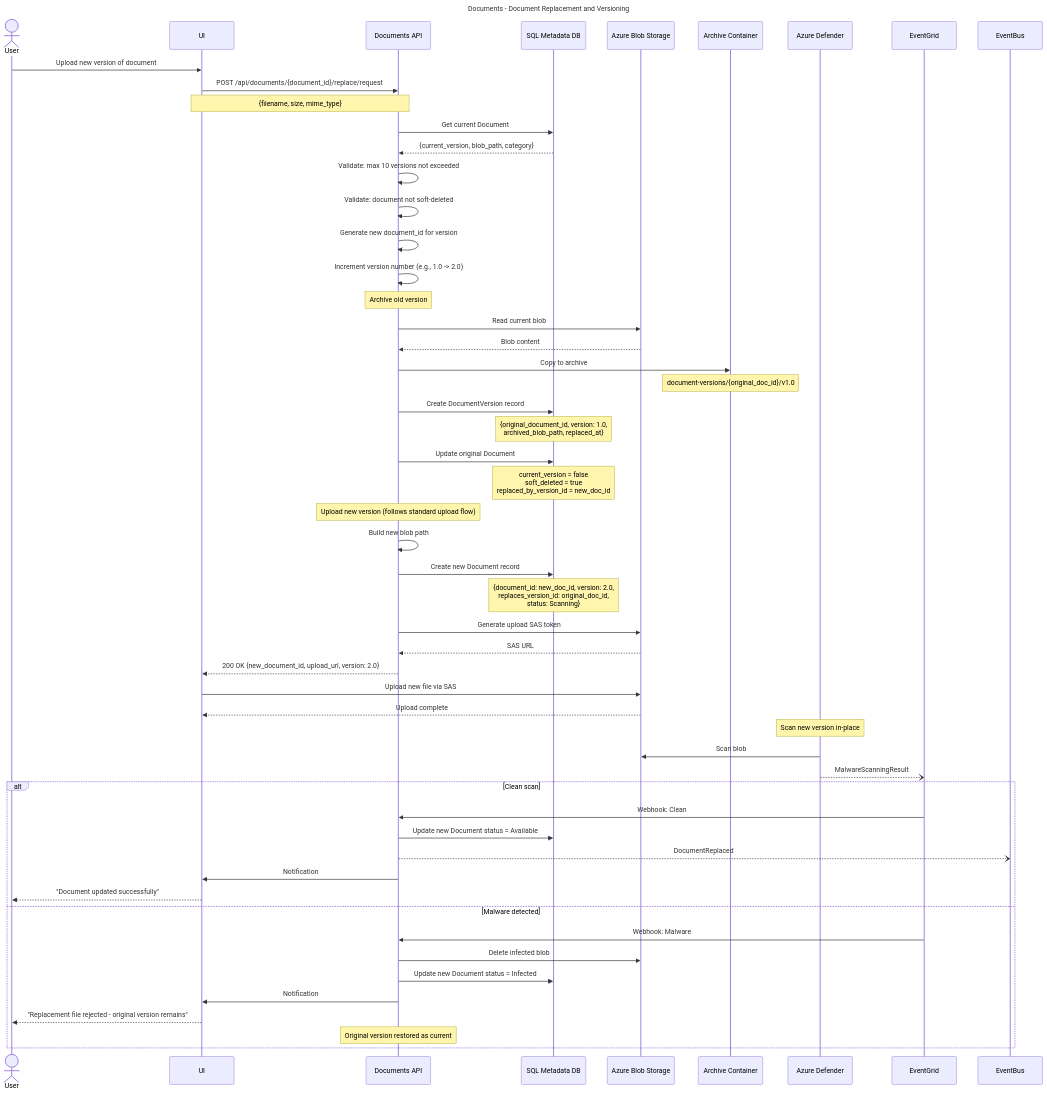
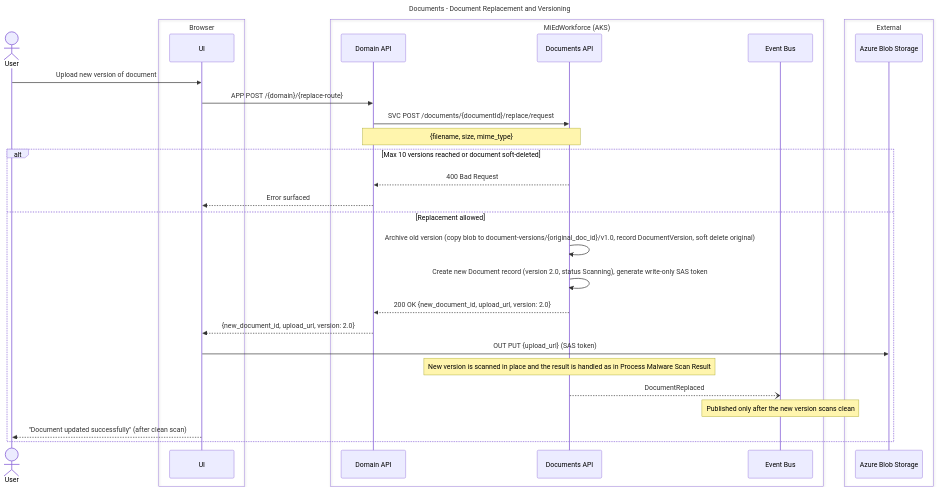
Before and after one commit to mnichols-dl/mied-design: the fifth of 16 diagrams in working-docs/solution-areas/documents/documents-sequences.md, drawn with Mermaid. The commit also changed other lines of this file and 34 other files, not shown here.

Commit message:
Update sequences and perform RTM assessment

````diff
--- a/working-docs/solution-areas/documents/documents-sequences.md
+++ b/working-docs/solution-areas/documents/documents-sequences.md
@@ -243,72 +258,39 @@
 ```mermaid
 ---
 title: Documents - Document Replacement and Versioning
 ---
 sequenceDiagram
     actor User
+    box Browser
     participant UI
-    participant DocsAPI as Documents API
-    participant MetadataDB as SQL Metadata DB
+    end
+    box MiEdWorkforce (AKS)
+    participant DomainApi as Domain API
+    participant DocsApi as Documents API
+    participant EventBus as Event Bus
+    end
+    box External
     participant BlobStorage as Azure Blob Storage
-    participant ArchiveContainer as Archive Container
-    participant Defender as Azure Defender
-    participant EventGrid
-    participant EventBus
-    
+    end
+
     User->>UI: Upload new version of document
-    UI->>DocsAPI: POST /api/documents/{document_id}/replace/request
-    Note over UI,DocsAPI: {filename, size, mime_type}
-    
-    DocsAPI->>MetadataDB: Get current Document
-    MetadataDB-->>DocsAPI: {current_version, blob_path, category}
-    
-    DocsAPI->>DocsAPI: Validate: max 10 versions not exceeded
-    DocsAPI->>DocsAPI: Validate: document not soft-deleted
-    
-    DocsAPI->>DocsAPI: Generate new document_id for version
-    DocsAPI->>DocsAPI: Increment version number (e.g., 1.0 -> 2.0)
-    
-    Note over DocsAPI: Archive old version
-    DocsAPI->>BlobStorage: Read current blob
-    BlobStorage-->>DocsAPI: Blob content
-    DocsAPI->>ArchiveContainer: Copy to archive
-    Note over ArchiveContainer: document-versions/{original_doc_id}/v1.0
-    
-    DocsAPI->>MetadataDB: Create DocumentVersion record
-    Note over MetadataDB: {original_document_id, version: 1.0,<br/>archived_blob_path, replaced_at}
-    
-    DocsAPI->>MetadataDB: Update original Document
-    Note over MetadataDB: current_version = false<br/>soft_deleted = true<br/>replaced_by_version_id = new_doc_id
-    
-    Note over DocsAPI: Upload new version (follows standard upload flow)
-    DocsAPI->>DocsAPI: Build new blob path
-    DocsAPI->>MetadataDB: Create new Document record
-    Note over MetadataDB: {document_id: new_doc_id, version: 2.0,<br/>replaces_version_id: original_doc_id,<br/>status: Scanning}
-    
-    DocsAPI->>BlobStorage: Generate upload SAS token
-    BlobStorage-->>DocsAPI: SAS URL
-    
-    DocsAPI-->>UI: 200 OK {new_document_id, upload_url, version: 2.0}
-    
-    UI->>BlobStorage: Upload new file via SAS
-    BlobStorage-->>UI: Upload complete
-    
-    Note over Defender: Scan new version in-place
-    Defender->>BlobStorage: Scan blob
-    Defender--)EventGrid: MalwareScanningResult
-    
-    alt Clean scan
-        EventGrid->>DocsAPI: Webhook: Clean
-        DocsAPI->>MetadataDB: Update new Document status = Available
-        DocsAPI--)EventBus: DocumentReplaced
-        DocsAPI->>UI: Notification
-        UI-->>User: "Document updated successfully"
-    else Malware detected
-        EventGrid->>DocsAPI: Webhook: Malware
-        DocsAPI->>BlobStorage: Delete infected blob
-        DocsAPI->>MetadataDB: Update new Document status = Infected
-        DocsAPI->>UI: Notification
-        UI-->>User: "Replacement file rejected - original version remains"
-        Note over DocsAPI: Original version restored as current
+    UI->>DomainApi: APP POST /{domain}/{replace-route}
+    DomainApi->>DocsApi: SVC POST /documents/{documentId}/replace/request
+    Note over DomainApi,DocsApi: {filename, size, mime_type}
+
+    alt Max 10 versions reached or document soft-deleted
+        DocsApi-->>DomainApi: 400 Bad Request
+        DomainApi-->>UI: Error surfaced
+    else Replacement allowed
+        DocsApi->>DocsApi: Archive old version (copy blob to document-versions/{original_doc_id}/v1.0, record DocumentVersion, soft delete original)
+        DocsApi->>DocsApi: Create new Document record (version 2.0, status Scanning), generate write-only SAS token
+        DocsApi-->>DomainApi: 200 OK {new_document_id, upload_url, version: 2.0}
+        DomainApi-->>UI: {new_document_id, upload_url, version: 2.0}
+
+        UI->>BlobStorage: OUT PUT {upload_url} (SAS token)
+        Note over DocsApi: New version is scanned in place and the result is handled as in Process Malware Scan Result
+        DocsApi--)EventBus: DocumentReplaced
+        Note over EventBus: Published only after the new version scans clean
+        UI-->>User: "Document updated successfully" (after clean scan)
     end
 ```
````
